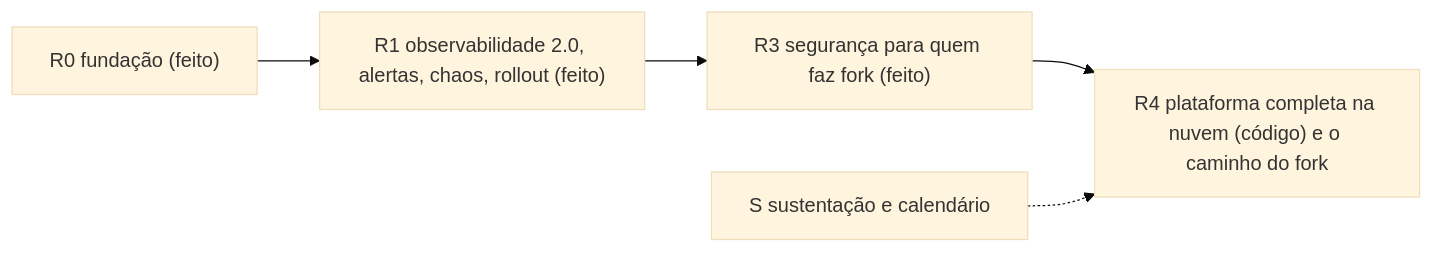
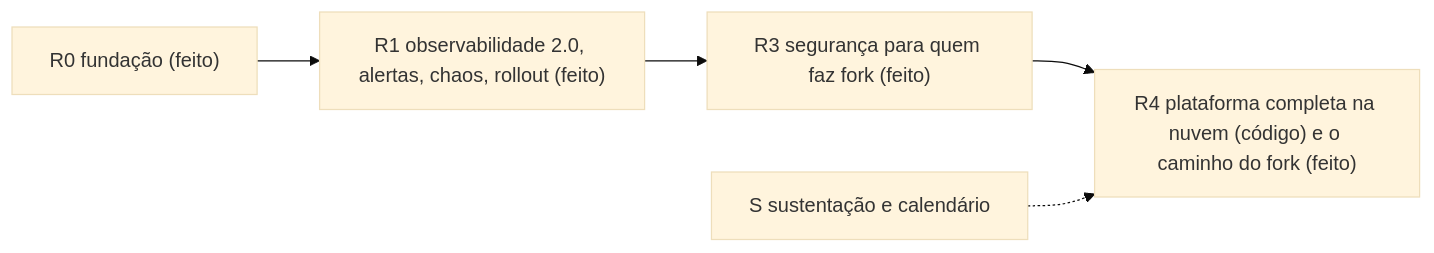
The diagram in ROADMAP.md (maringelix/tx00v2), drawn with Mermaid (base theme) before and after one commit. The commit also changed other lines of this file and 5 other files, not shown here.

````diff
--- a/ROADMAP.md
+++ b/ROADMAP.md
@@ -168,7 +170,7 @@
 ```mermaid
 flowchart LR
   R0["R0 fundação (feito)"] --> R1["R1 observabilidade 2.0, alertas, chaos, rollout (feito)"]
   R1 --> R3["R3 segurança para quem faz fork (feito)"]
-  R3 --> R4["R4 plataforma completa na nuvem (código) e o caminho do fork"]
+  R3 --> R4["R4 plataforma completa na nuvem (código) e o caminho do fork (feito)"]
   S["S sustentação e calendário"] -.-> R4
 ```
````
